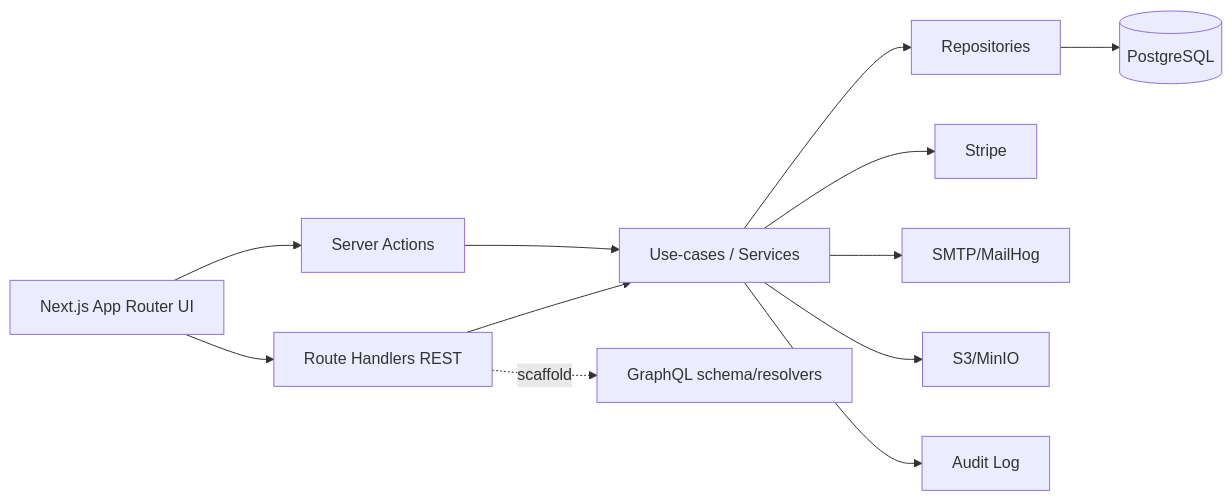
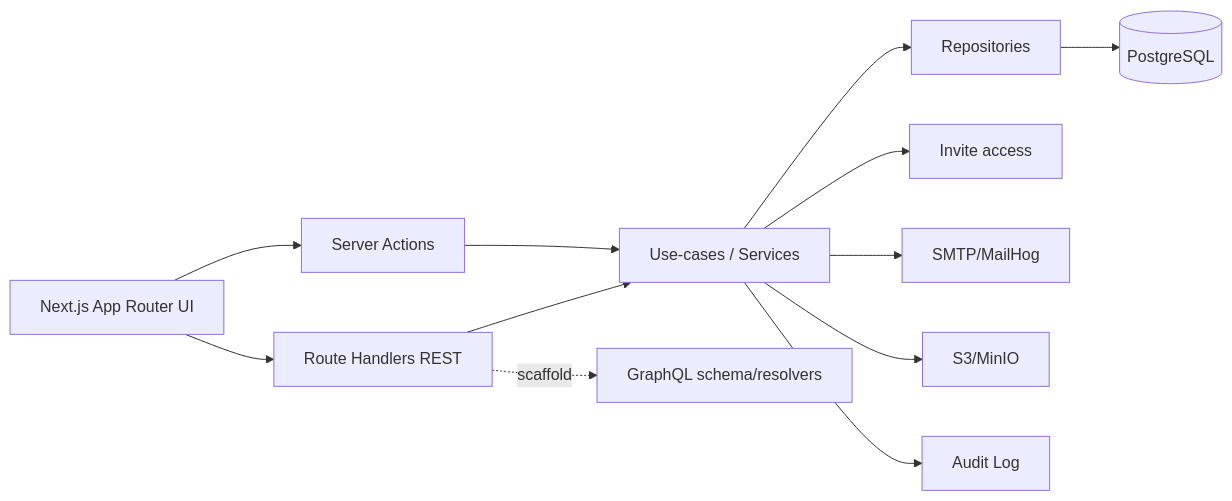
Before and after one commit to ElazAzel/academic: the first of 3 diagrams in docs/specification.md, drawn with Mermaid. The commit also changed other lines of this file and 19 other files, not shown here.

````diff
--- a/docs/specification.md
+++ b/docs/specification.md
@@ -31,14 +31,14 @@
 ```mermaid
 flowchart LR
   UI["Next.js App Router UI"] --> API["Route Handlers REST"]
   UI --> Actions["Server Actions"]
   API --> UseCases["Use-cases / Services"]
   Actions --> UseCases
   UseCases --> Repos["Repositories"]
   Repos --> DB[(PostgreSQL)]
-  UseCases --> Stripe["Stripe"]
+  UseCases --> Invites["Invite access"]
   UseCases --> Mail["SMTP/MailHog"]
   UseCases --> S3["S3/MinIO"]
   UseCases --> Audit["Audit Log"]
   API -. scaffold .-> GQL["GraphQL schema/resolvers"]
 ```
````
